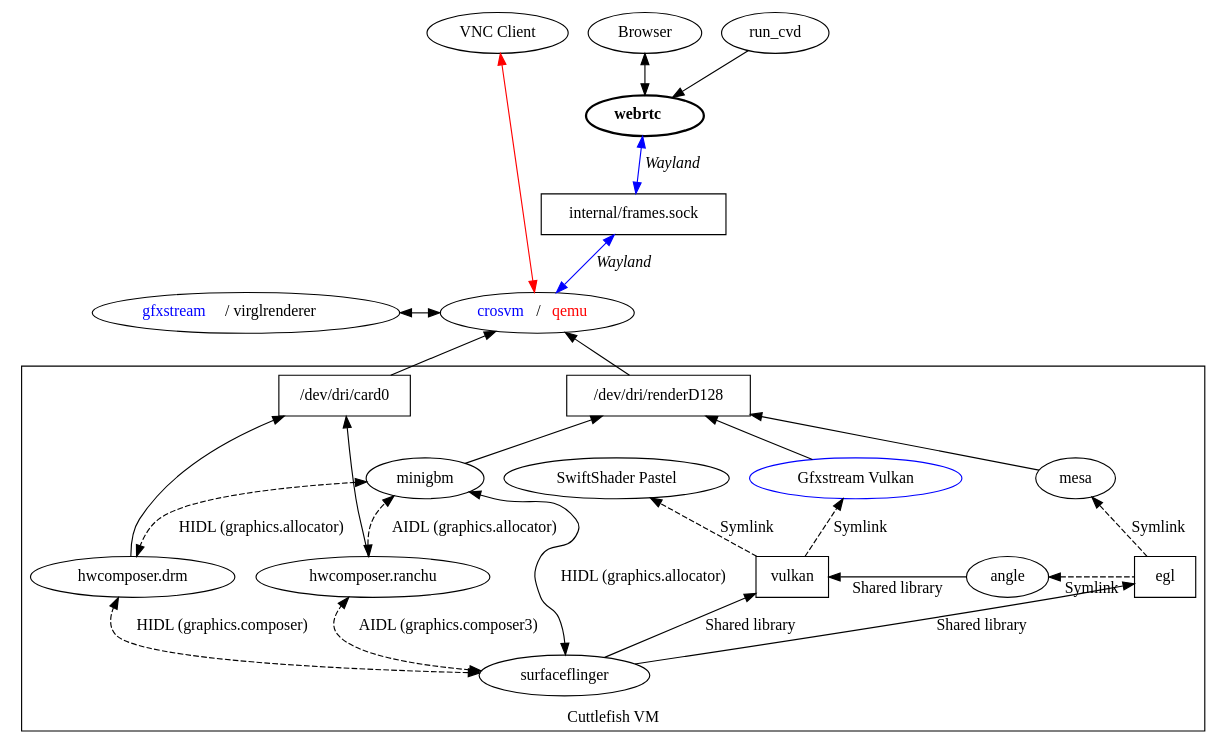
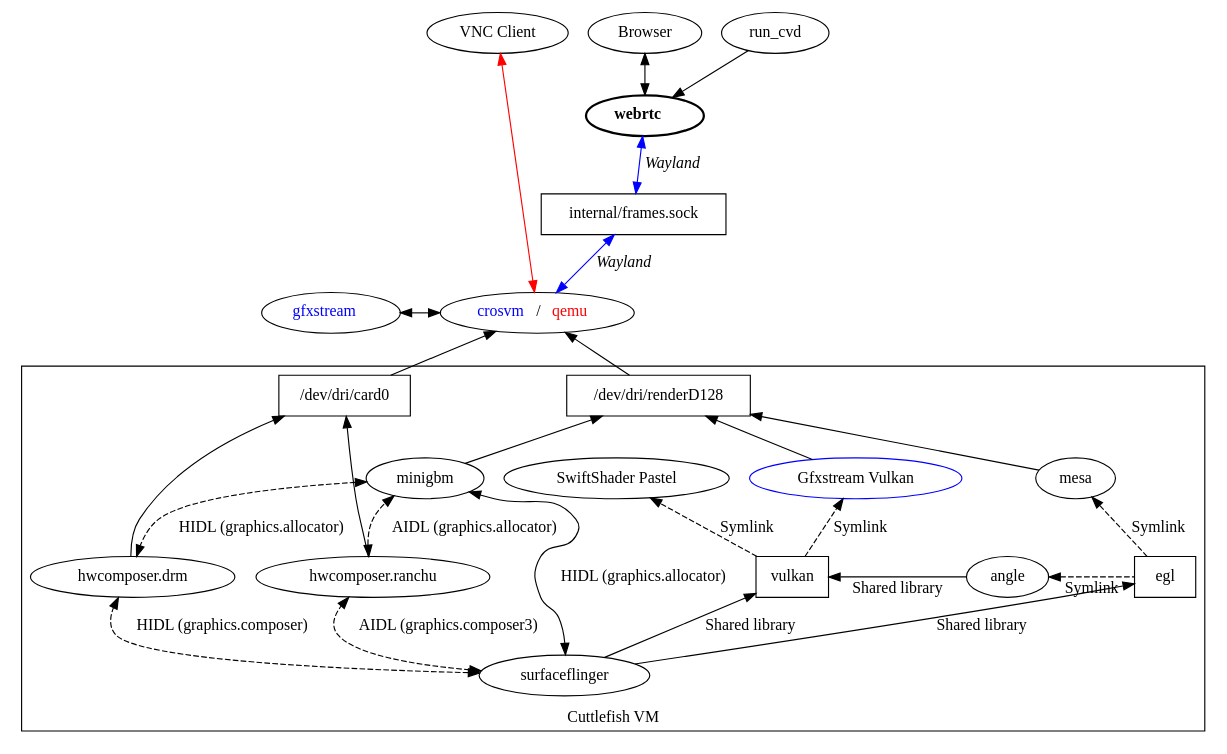
One commit to google/android-cuttlefish changed the diagram in base/cvd/cuttlefish/host/frontend/webrtc/doc/graphics.dot. Above: the diagram before and after it, drawn with Graphviz. The commit also changed 10 other files, not shown here.

```diff
--- a/base/cvd/cuttlefish/host/frontend/webrtc/doc/graphics.dot
+++ b/base/cvd/cuttlefish/host/frontend/webrtc/doc/graphics.dot
@@ -1,68 +1,68 @@
 digraph {
   rankdir = "BT"
   subgraph clients {
     rank = same;
     browser [label = "Browser"]
     vnc_client [label = "VNC Client"]
   }
-  host_renderer [label = < <font color="blue">gfxstream</font> / virglrenderer >]
+  host_renderer [label = < <font color="blue">gfxstream</font>>]
   run_cvd
   wayland_socket [label = "internal/frames.sock", shape = "rectangle"]
   webrtc [label = < <b>webrtc</b> >, penwidth = 2]
   vmm [label = < <font color="blue">crosvm</font> / <font color="red">qemu</font> >]
 
   subgraph cluster_android {
     label = "Cuttlefish VM"
     subgraph devices {
       rank = same;
       drm_card [label = "/dev/dri/card0", shape = "rectangle"]
       drm_render [label = "/dev/dri/renderD128", shape = "rectangle"]
     }
     subgraph hals {
       rank = same;
       angle
       egl [shape = "rectangle"]
       hwcomposer_drm [label = "hwcomposer.drm"]
       hwcomposer_ranchu [label = "hwcomposer.ranchu"]
       vulkan [shape = "rectangle"]
     }
     minigbm
     mesa
     swiftshader [label = "SwiftShader Pastel"]
     surfaceflinger
     vulkan_ranchu [color = "blue", label = "Gfxstream Vulkan"]
   }
 
   webrtc -> browser [dir = both]
   vmm -> vnc_client [dir = both, color = "red"]
 
   webrtc -> run_cvd [dir = back]
 
   wayland_socket -> webrtc [dir = both, color = "blue", label = < <I>Wayland</I> >]
   vmm -> wayland_socket [dir = both, color = "blue", label = < <I>Wayland</I> >]
 
   { rank = same; host_renderer -> vmm [dir = both] }
 
   drm_render -> vmm
   drm_card -> vmm
 
   minigbm -> drm_render
   mesa -> drm_render
   vulkan_ranchu -> drm_render
   hwcomposer_drm -> drm_card
   hwcomposer_ranchu -> drm_card
 
   minigbm -> hwcomposer_drm [dir = both, label = "HIDL (graphics.allocator)", style = "dashed"]
   hwcomposer_ranchu -> minigbm [dir = both, label = "AIDL (graphics.allocator)", style = "dashed"]
   angle -> egl [dir = "back", label = "Symlink", style = "dashed"]
   egl -> mesa [label = "Symlink", style = "dashed"]
   vulkan -> angle [dir = "back", label = "Shared library"]
   vulkan-> swiftshader  [label = "Symlink", style = "dashed"]
   vulkan -> vulkan_ranchu [label = "Symlink", style = "dashed"]
 
   surfaceflinger -> egl [label = "Shared library"]
   surfaceflinger -> hwcomposer_ranchu [dir = both, label = "AIDL (graphics.composer3)", style = "dashed"]
   surfaceflinger -> hwcomposer_drm [dir = both, label = "HIDL (graphics.composer)", style = "dashed"]
   surfaceflinger -> vulkan [label = "Shared library"]
   surfaceflinger -> minigbm [dir = both, label = "HIDL (graphics.allocator)"]
 }
```
